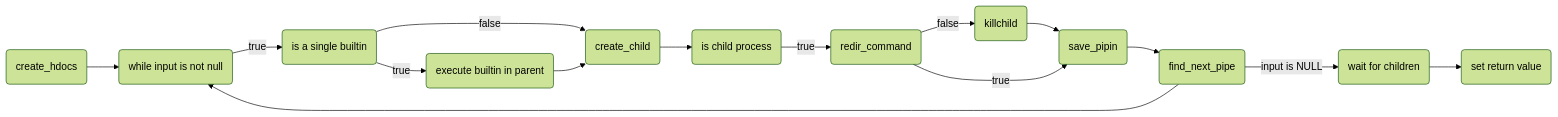
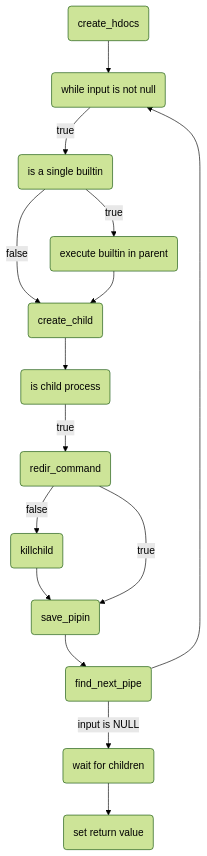
Before and after one commit to cdomet-d/minishell: the diagram in README.md, drawn with Mermaid (forest theme).

````diff
--- a/README.md
+++ b/README.md
@@ -53,19 +53,19 @@
 ```mermaid
-graph LR
+graph TD
 
 	C(create_hdocs)
 	C --> D(while input is not null)
 
 	D -->|true| E(is a single builtin)
 	E -->|true| F(execute builtin in parent)
 	E -->|false| G(create_child)
 
 	F --> G
 	G --> H(is child process)
 	H -->|true| I(redir_command)
 	I --> |false| J(killchild) --> K(save_pipin)
 	I --> |true| K
 	K--> L(find_next_pipe) --> D
 
 	L --> |input is NULL| CLOSE(wait for children) --> RETURN(set return value)
 ```
````
